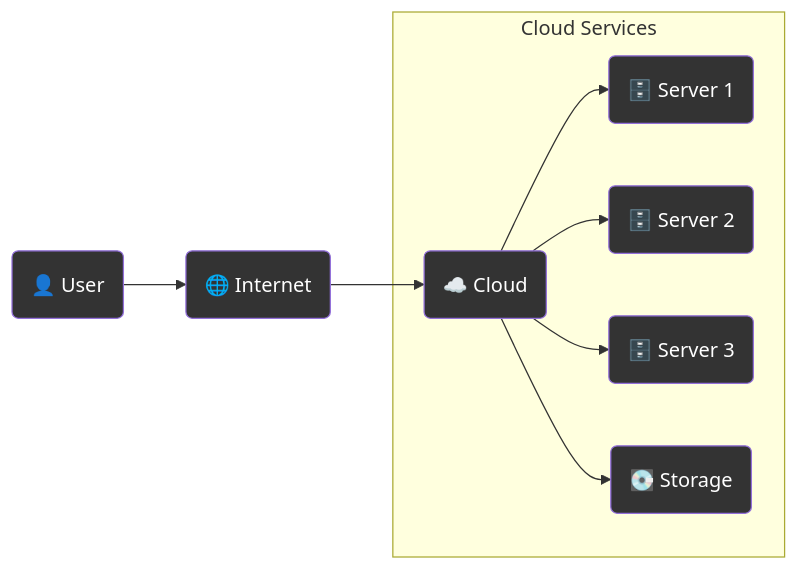
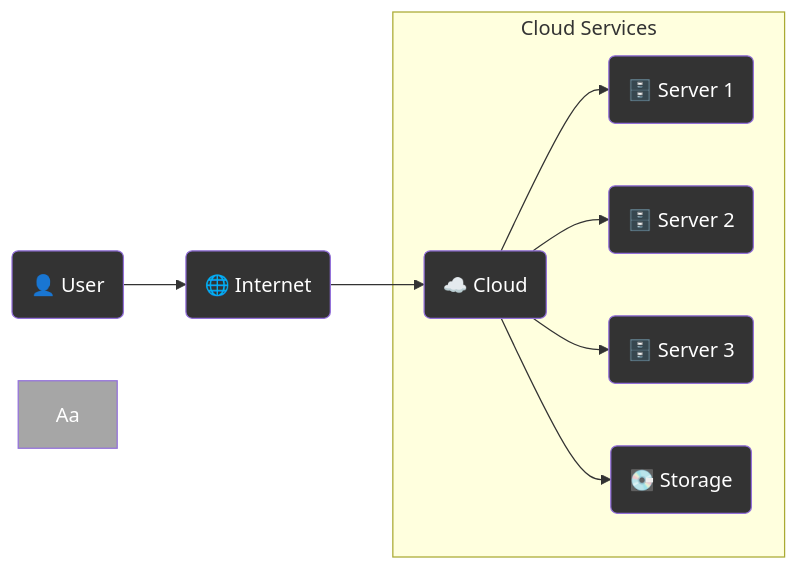
One commit to AlexJYad/F5-web-knowledge changed the third of 12 diagrams in content/articles/capitulo-1.md. Above: the diagram before and after it, drawn with Mermaid. The commit also changed other lines of this file, not shown here.

Commit message:
fix: md 1.1 end

````diff
--- a/content/articles/capitulo-1.md
+++ b/content/articles/capitulo-1.md
@@ -157,23 +157,24 @@
 ```mermaid
 flowchart LR
    A(👤 User)
    B(🌐 Internet)
    C(☁️ Cloud)
    D(🗄️ Server 1)
    E(🗄️ Server 2)
    F(🗄️ Server 3)
    G(💽 Storage)
 
    A --> B
    B --> C
 
-   subgraph LR sb[Cloud Services]
+   subgraph LR Aa[Cloud Services]
       C --> D
       C --> E
       C --> F
       C --> G
    end
 
    classDef styleNods color:#FFFFFF, fill:#333333
    class A,B,C,D,E,F,G styleNods
+   style Aa color:#FFFFFF,fill:#A6A6A6
 ```
````
